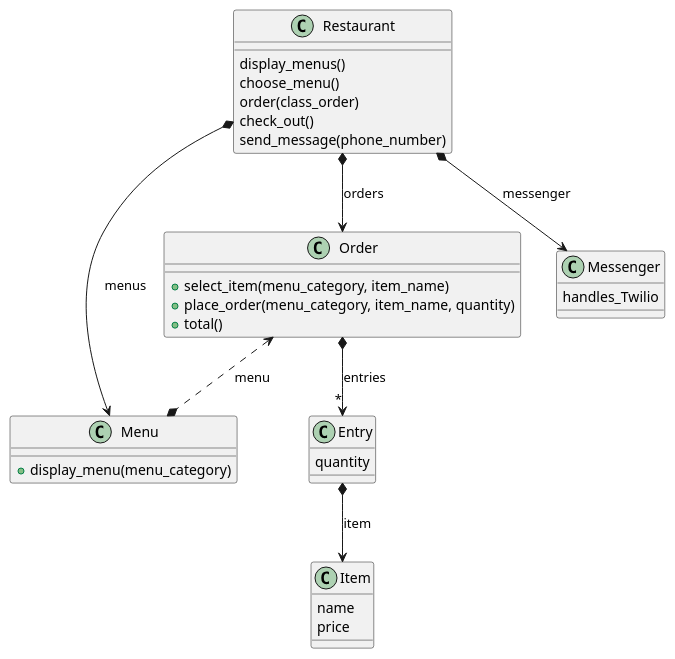
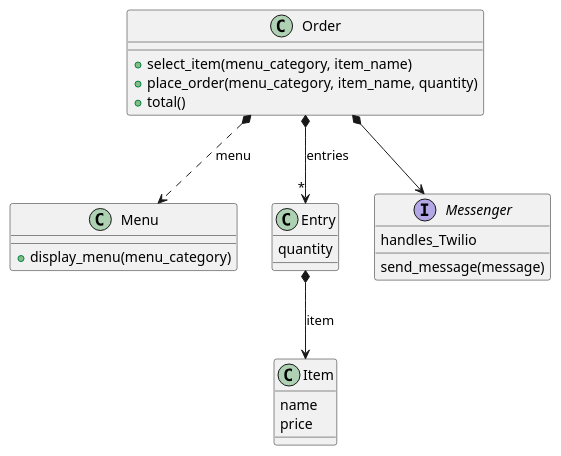
One commit to meta-morpho-sys/takeaway-challenge changed the diagram in takeaway.puml. Above: the diagram before and after it, drawn with PlantUML. The commit also changed 9 other files, not shown here.

```diff
--- a/takeaway.puml
+++ b/takeaway.puml
@@ -1,41 +1,35 @@
 @startuml
 
 class Menu {
     +display_menu(menu_category)
 }
 
 class Order {
     +select_item(menu_category, item_name)
     +place_order(menu_category, item_name, quantity)
     +total()
 }
 
-
 class Item {
     name
     price
 }
 
 class Entry {
     quantity
 }
 
-class Restaurant {
-    display_menus()
-    choose_menu()
-    order(class_order)
-    check_out()
-    send_message(phone_number)
-}
-
 class Messenger {
     handles_Twilio
 }
 
-Order <..* Menu :menu
+interface Messenger {
+    send_message(message)
+}
+
+Order *..> Menu :menu
 Order *--> "*" Entry : entries
 Entry *--> Item : item
-Restaurant *--> Messenger : messenger
-Restaurant *--> Order : orders
-Restaurant *--> Menu :menus
+Order *--> Messenger
+
 @enduml
```
